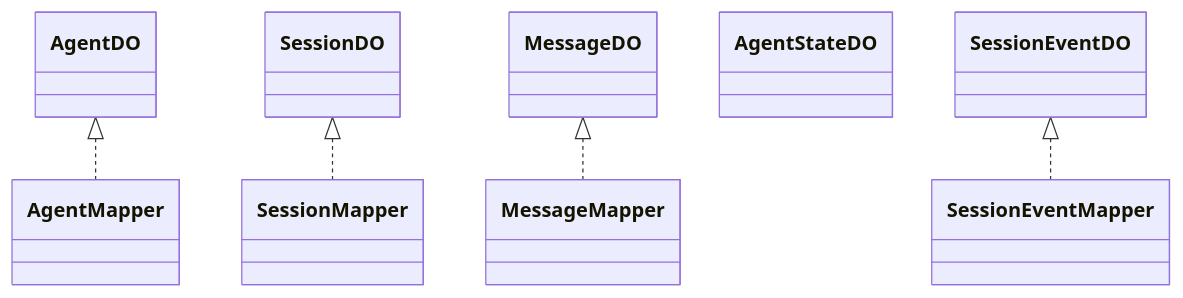
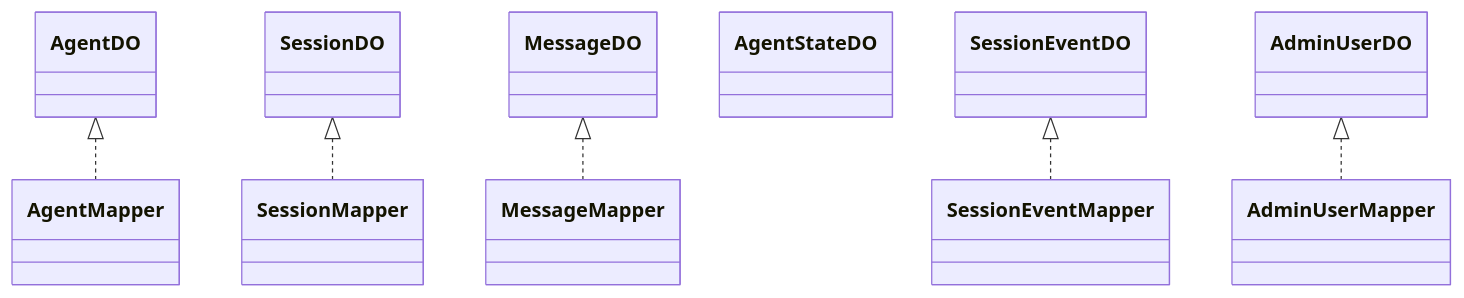
Before and after one commit to alibaba/tron-one-agent: the third of 7 diagrams in .qoder/repowiki/en/content/Database Schema and Data Models.md, drawn with Mermaid. The commit also changed other lines of this file and 13 other files, not shown here.

````diff
--- a/.qoder/repowiki/en/content/Database Schema and Data Models.md
+++ b/.qoder/repowiki/en/content/Database Schema and Data Models.md
@@ -214,16 +279,19 @@
 ```mermaid
 classDiagram
 class AgentDO
 class SessionDO
 class MessageDO
 class AgentStateDO
 class SessionEventDO
+class AdminUserDO
 class AgentMapper
 class SessionMapper
 class MessageMapper
 class SessionEventMapper
+class AdminUserMapper
 AgentDO <|.. AgentMapper
 SessionDO <|.. SessionMapper
 MessageDO <|.. MessageMapper
 SessionEventDO <|.. SessionEventMapper
+AdminUserDO <|.. AdminUserMapper
 ```
````
